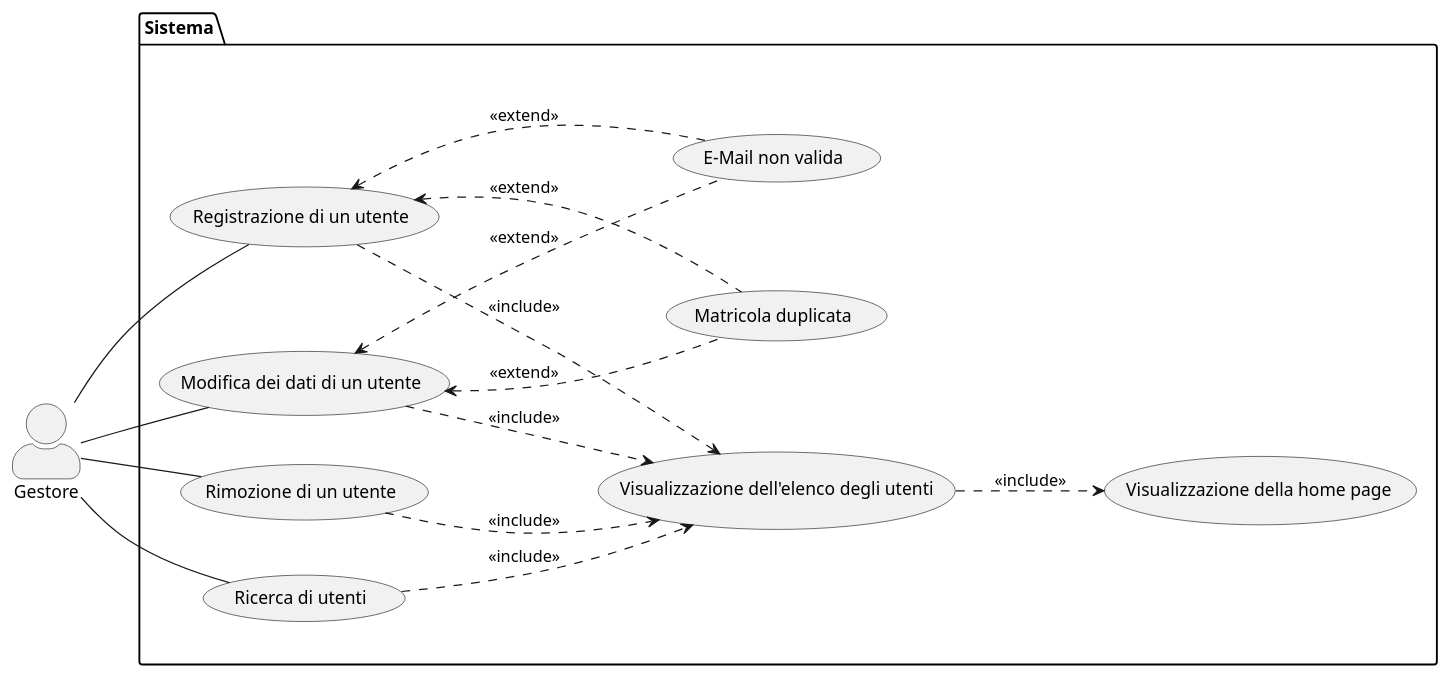
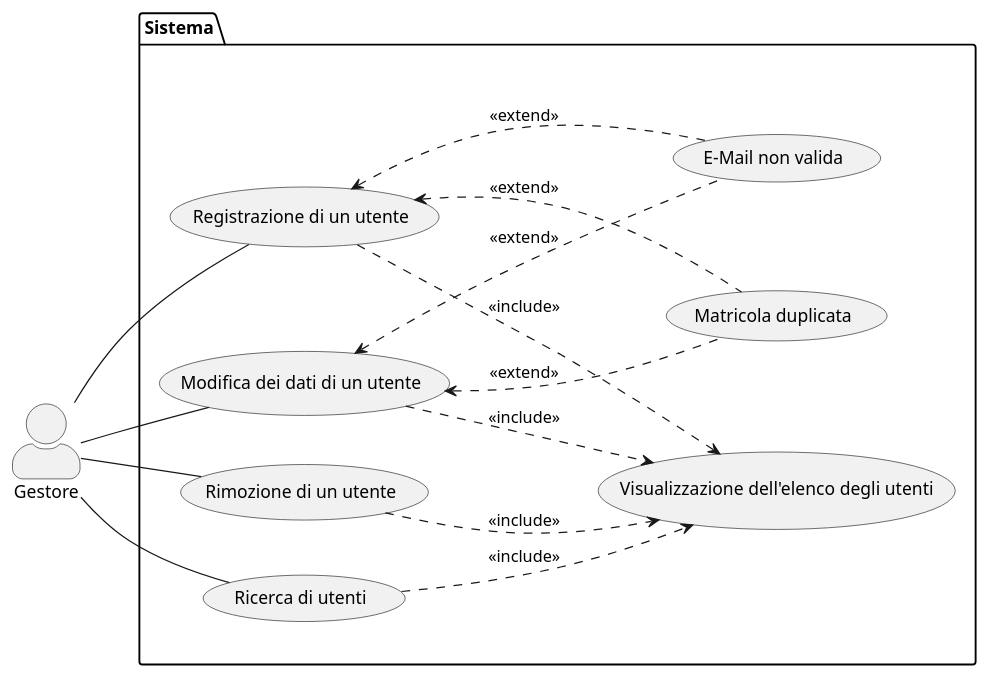
The diagram in docs/uml/usecasesUtente.puml (Meziu/easylibrary), drawn with PlantUML before and after one commit. The commit also changed 3 other files, not shown here.

Commit message:
Modifica diagrammi casi d'uso

```diff
--- a/docs/uml/usecasesUtente.puml
+++ b/docs/uml/usecasesUtente.puml
@@ -1,37 +1,35 @@
 @startuml
 skinparam actorStyle awesome
 
 left to right direction
 
 actor Gestore as G
 
 package Sistema {
-    usecase "Visualizzazione della home page" as UC1
     usecase "Visualizzazione dell'elenco degli utenti" as UC5
     usecase "Registrazione di un utente" as UC6
     usecase "Modifica dei dati di un utente" as UC7
     usecase "Rimozione di un utente" as UC8
     usecase "Ricerca di utenti" as UC17
 
     usecase "Matricola duplicata" as UCA1
     usecase "E-Mail non valida" as UCA2
 }
 
-UC5 ..> UC1 : <<include>>
 
 UC6 ..> UC5 : <<include>>
 UC7 ..> UC5 : <<include>>
 UC8 ..> UC5 : <<include>>
 UC17 ..> UC5 : <<include>>
 
 UC6 <.. UCA1 : <<extend>>
 UC7 <.. UCA1 : <<extend>>
 UC6 <.. UCA2 : <<extend>>
 UC7 <.. UCA2 : <<extend>>
 
 G -- UC6
 G -- UC7
 G -- UC8
 G -- UC17
 
 @enduml
```
